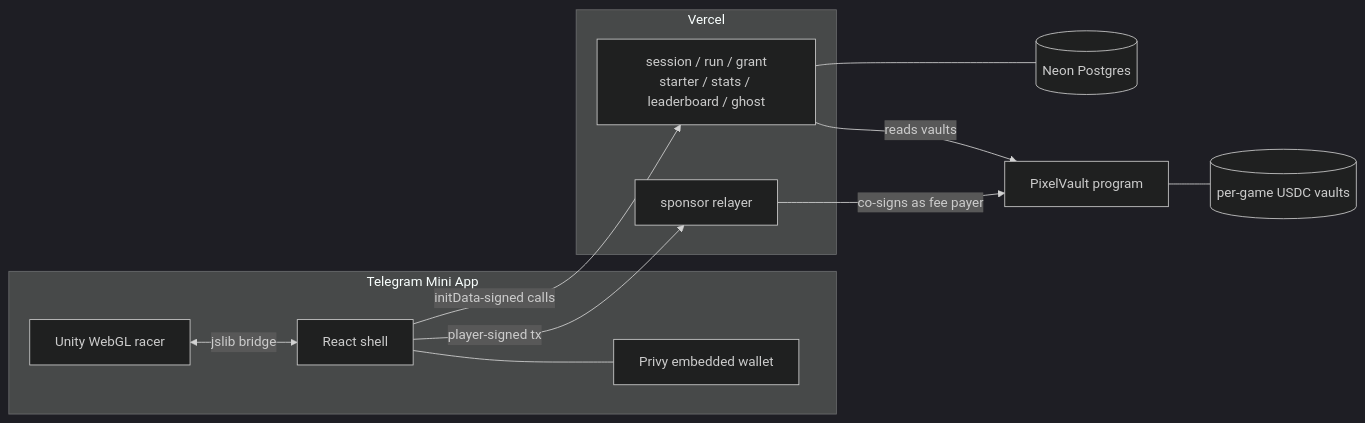
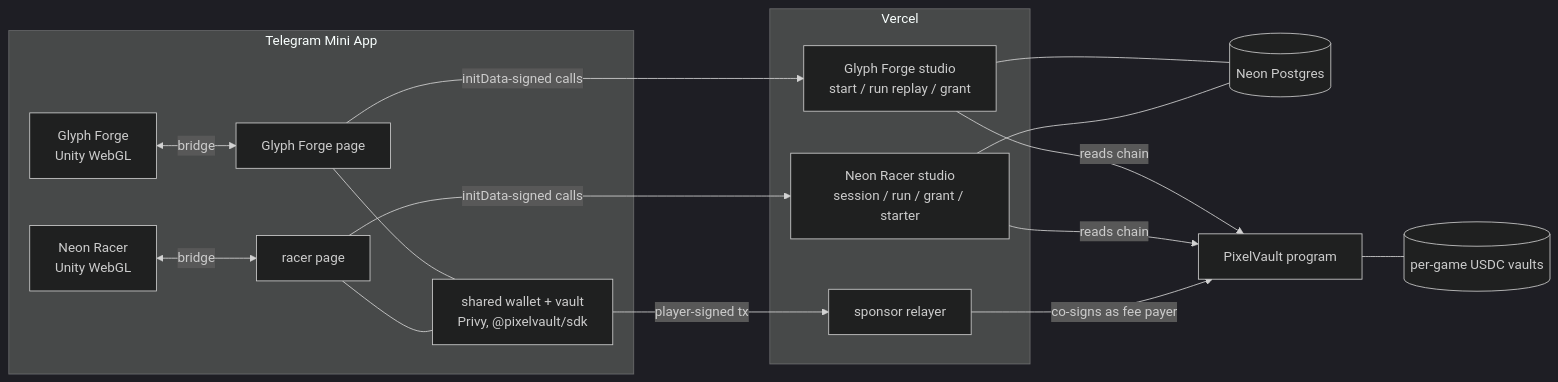
The diagram in README.md (Kumarutkarsh9470/PixelVault-Upgraded), drawn with Mermaid (dark theme) before and after one commit. The commit also changed other lines of this file and 8 other files, not shown here.

First line of the commit message:
Glyph Forge tooling and docs: own grant key on devnet, deploy, threat model

````diff
--- a/README.md
+++ b/README.md
@@ -183,17 +210,23 @@
 ```mermaid
 flowchart LR
     subgraph Telegram Mini App
-        U[Unity WebGL racer] <-->|jslib bridge| R[React shell]
-        R --- W[Privy embedded wallet]
+        U[Neon Racer<br/>Unity WebGL] <-->|bridge| R[racer page]
+        G[Glyph Forge<br/>Unity WebGL] <-->|bridge| GP[Glyph Forge page]
+        R --- W[shared wallet + vault<br/>Privy, @pixelvault/sdk]
+        GP --- W
     end
     R -->|initData-signed calls| API
+    GP -->|initData-signed calls| GAPI
     subgraph Vercel
-        API[session / run / grant<br/>starter / stats / leaderboard / ghost]
+        API[Neon Racer studio<br/>session / run / grant / starter]
+        GAPI[Glyph Forge studio<br/>start / run replay / grant]
         S[sponsor relayer]
     end
     API --- DB[(Neon Postgres)]
-    R -->|player-signed tx| S
+    GAPI --- DB
+    W -->|player-signed tx| S
     S -->|co-signs as fee payer| P[PixelVault program]
-    API -->|reads vaults| P
+    API -->|reads chain| P
+    GAPI -->|reads chain| P
     P --- V[(per-game USDC vaults)]
 ```
````
